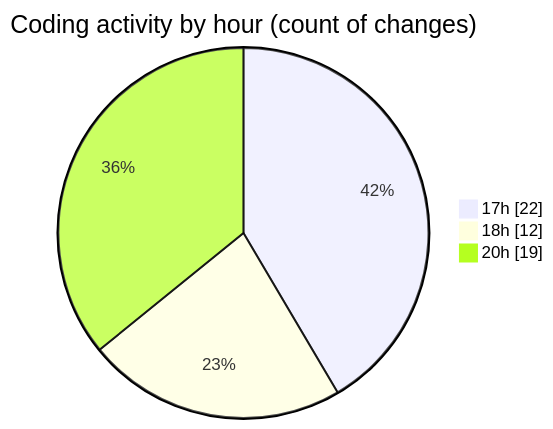
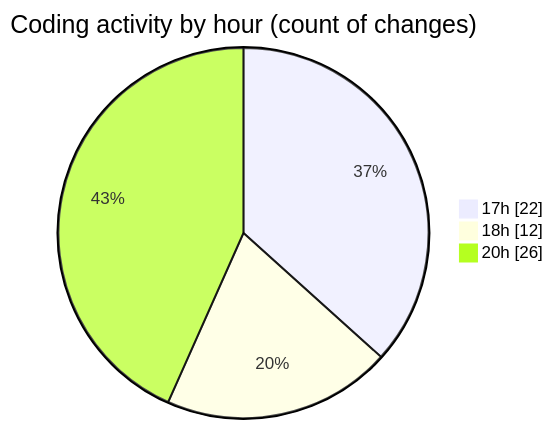
Before and after one commit to Netris89/code-tracking: the second of 2 diagrams in 2025-10-30/skintrack/README.md, drawn with Mermaid. The commit also changed other lines of this file and 1 other file, not shown here.

````diff
--- a/2025-10-30/skintrack/README.md
+++ b/2025-10-30/skintrack/README.md
@@ -34,7 +35,7 @@
 ```mermaid
 pie showData
 title Coding activity by hour (count of changes)
 "17h" : 22
 "18h" : 12
-"20h" : 19
+"20h" : 26
 ```
````
